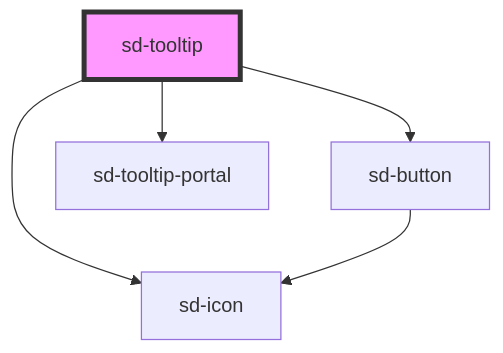
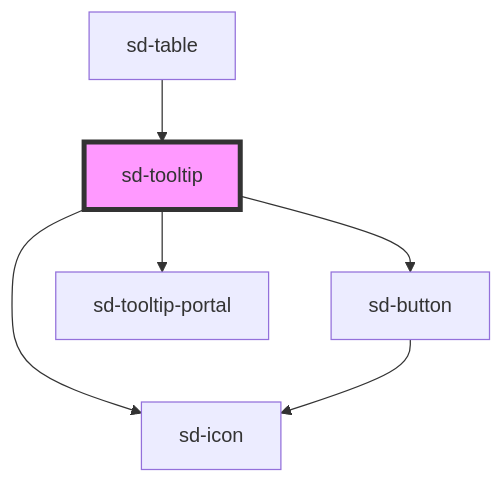
The diagram in packages/stencil/src/components/sd-tooltip/readme.md (bluehalu98/stencil-ui-kit), drawn with Mermaid before and after one commit. The commit also changed other lines of this file and 34 other files, not shown here.

````diff
--- a/packages/stencil/src/components/sd-tooltip/readme.md
+++ b/packages/stencil/src/components/sd-tooltip/readme.md
@@ -33,8 +37,9 @@
 ```mermaid
 graph TD;
   sd-tooltip --> sd-button
   sd-tooltip --> sd-icon
   sd-tooltip --> sd-tooltip-portal
   sd-button --> sd-icon
+  sd-table --> sd-tooltip
   style sd-tooltip fill:#f9f,stroke:#333,stroke-width:4px
 ```
````
